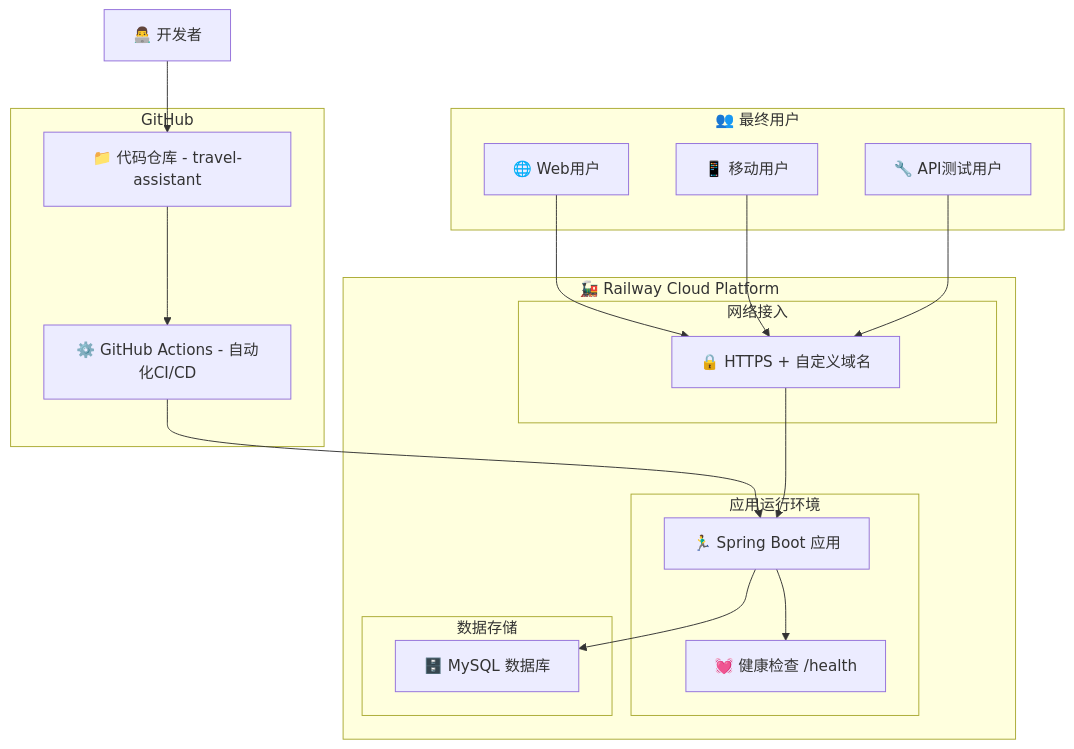
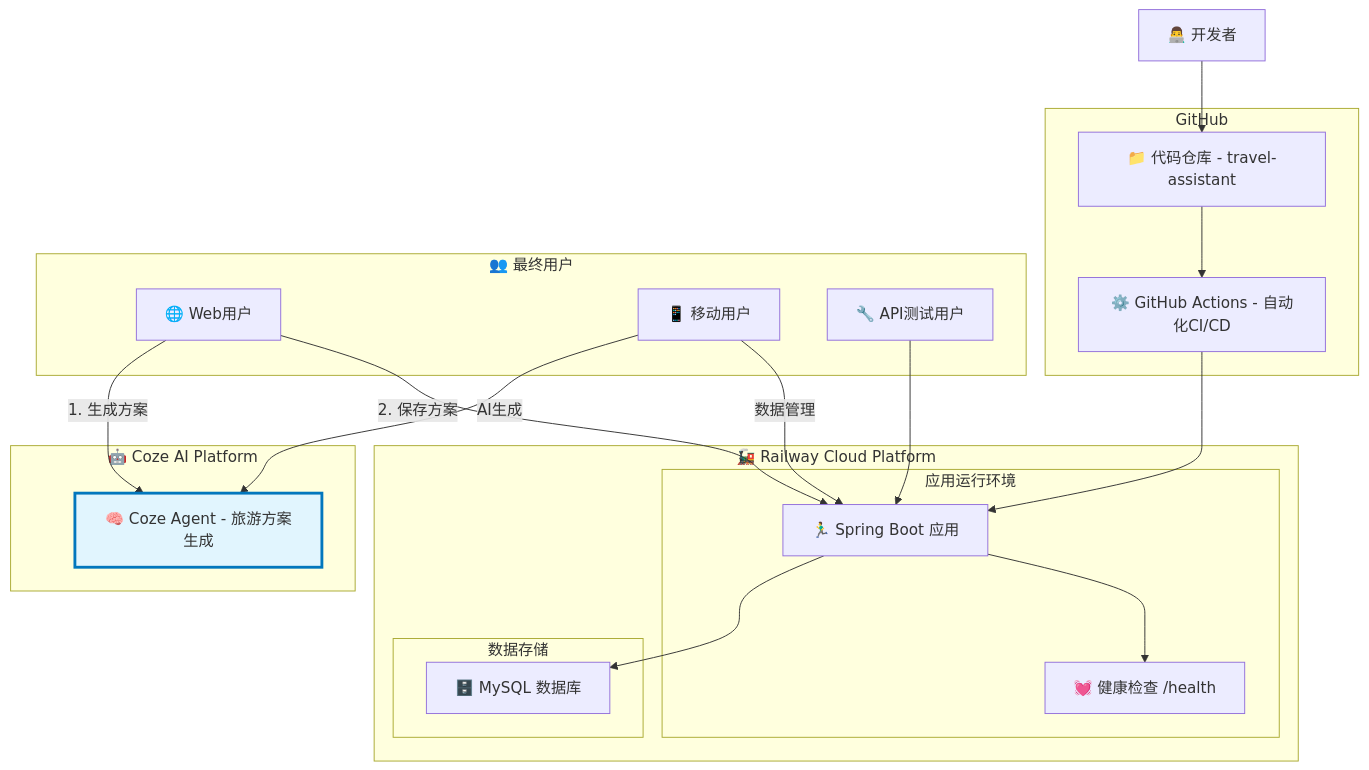
The seventh of 8 diagrams in architecture-diagram.md (NicoleYL28/travel-assistant), drawn with Mermaid before and after one commit. The commit also changed other lines of this file, not shown here.

Commit message:
Update architecture to highlight Coze Agent API integration and business flow

````diff
--- a/architecture-diagram.md
+++ b/architecture-diagram.md
@@ -289,46 +355,53 @@
 ```mermaid
 graph TB
     %% 开发者
     DEV["👨‍💻 开发者"]
     
     %% GitHub
     subgraph "GitHub"
         REPO["📁 代码仓库 - travel-assistant"]
         ACTIONS["⚙️ GitHub Actions - 自动化CI/CD"]
     end
     
+    %% AI服务
+    subgraph "🤖 Coze AI Platform"
+        COZE_AGENT["🧠 Coze Agent - 旅游方案生成"]
+    end
+    
     %% Railway云平台 - 一体化解决方案
     subgraph "🚂 Railway Cloud Platform"
         subgraph "应用运行环境"
             APP_SVC["🏃‍♂️ Spring Boot 应用"]
             HEALTH["💓 健康检查 /health"]
         end
         
         subgraph "数据存储"
             DB_SVC["🗄️ MySQL 数据库"]
-        end
-        
-        subgraph "网络接入"
-            HTTPS["🔒 HTTPS + 自定义域名"]
         end
     end
     
     %% 用户
     subgraph "👥 最终用户"
         WEB_USER["🌐 Web用户"]
         MOBILE_USER["📱 移动用户"]
         API_USER["🔧 API测试用户"]
     end
     
     %% 连接关系
     DEV --> REPO
     REPO --> ACTIONS
     ACTIONS --> APP_SVC
     APP_SVC --> DB_SVC
     APP_SVC --> HEALTH
     
-    WEB_USER --> HTTPS
-    MOBILE_USER --> HTTPS
-    API_USER --> HTTPS
-    HTTPS --> APP_SVC
+    %% 用户业务流程
+    WEB_USER -->|1. 生成方案| COZE_AGENT
+    WEB_USER -->|2. 保存方案| APP_SVC
+    MOBILE_USER -->|AI生成| COZE_AGENT
+    MOBILE_USER -->|数据管理| APP_SVC
+    API_USER --> APP_SVC
+    
+    %% 样式
+    classDef ai fill:#e1f5fe,stroke:#0277bd,stroke-width:3px
+    class COZE_AGENT ai
 ```
````
